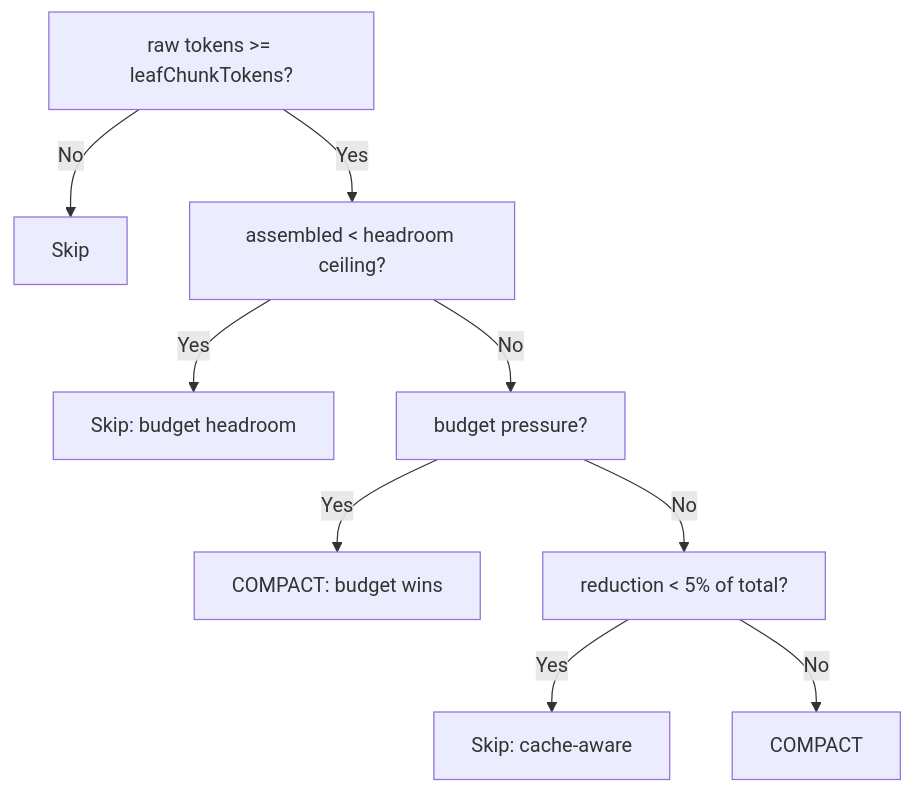
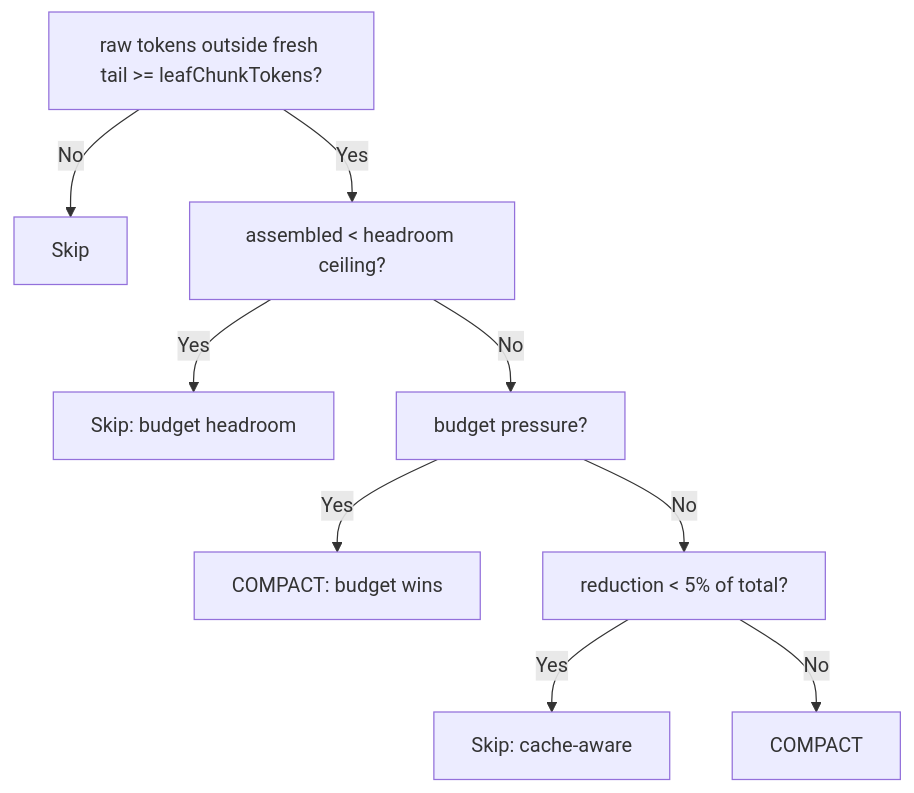
Before and after one commit to Martian-Engineering/lossless-claw: the diagram in docs/architecture.md, drawn with Mermaid. The commit also changed 1 other file, not shown here.

Commit message:
docs: fix model name mismatch, log line reference, flowchart label
- TLDR example: "Sonnet" → "Haiku" to match the copy-paste config
- Debug section: make log line guidance more resilient to wording changes
- Architecture flowchart: "raw tokens" → "raw tokens outside fresh tail"

````diff
--- a/docs/architecture.md
+++ b/docs/architecture.md
@@ -107,11 +107,11 @@
 ```mermaid
 flowchart TD
-    A["raw tokens >= leafChunkTokens?"] -->|No| Z["Skip"]
+    A["raw tokens outside fresh tail >= leafChunkTokens?"] -->|No| Z["Skip"]
     A -->|Yes| B["assembled < headroom ceiling?"]
     B -->|Yes| Y["Skip: budget headroom"]
     B -->|No| C["budget pressure?"]
     C -->|Yes| E["COMPACT: budget wins"]
     C -->|No| D["reduction < 5% of total?"]
     D -->|Yes| X["Skip: cache-aware"]
     D -->|No| G["COMPACT"]
 ```
````
